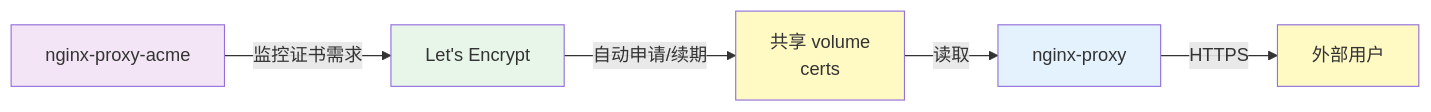
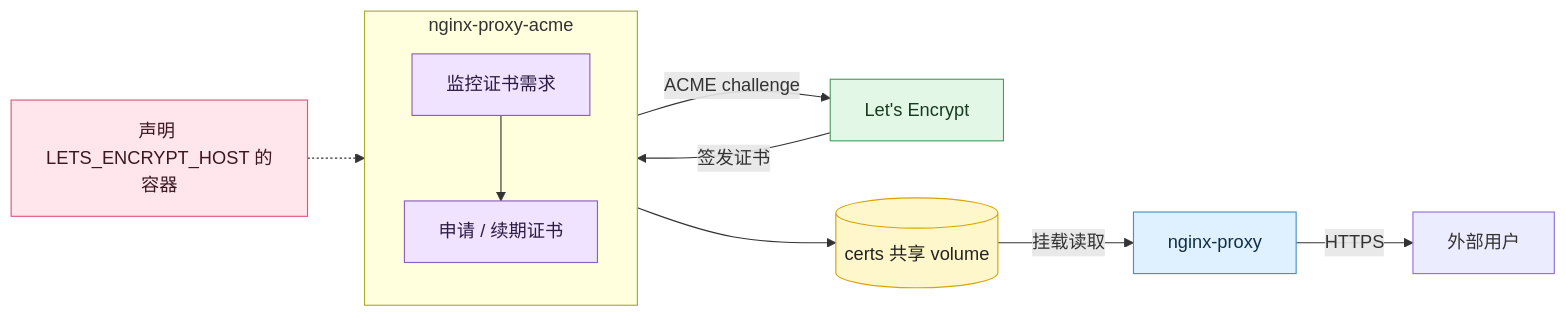
The third of 10 diagrams in _ai/2026-06-08-vps-docker-panorama-v2ray-v4-to-v5-upgrade.md (puppylpg/puppylpg.github.io), drawn with Mermaid before and after one commit. The commit also changed other lines of this file, not shown here.

Commit message:
docs: optimize Mermaid diagrams for VPS Docker overview

````diff
--- a/_ai/2026-06-08-vps-docker-panorama-v2ray-v4-to-v5-upgrade.md
+++ b/_ai/2026-06-08-vps-docker-panorama-v2ray-v4-to-v5-upgrade.md
@@ -67,13 +102,34 @@
 ```mermaid
 flowchart LR
-    A[nginx-proxy-acme] -->|监控证书需求| B[Let's Encrypt]
-    B -->|自动申请/续期| C[共享 volume<br/>certs]
-    C -->|读取| D[nginx-proxy]
-    D -->|HTTPS| E[外部用户]
+    containers[声明 LETS_ENCRYPT_HOST 的容器]
 
-    style A fill:#f3e5f5
-    style B fill:#e8f5e9
-    style C fill:#fff9c4
-    style D fill:#e3f2fd
-    style E fill:#fff9c4
+    subgraph certbot[nginx-proxy-acme]
+        direction TB
+        watch[监控证书需求]
+        issue[申请 / 续期证书]
+    end
+
+    le[Let's Encrypt]
+    volume[(certs 共享 volume)]
+    proxy[nginx-proxy]
+    user[外部用户]
+
+    containers -.-> watch
+    watch --> issue
+    issue -->|ACME challenge| le
+    le -->|签发证书| issue
+    issue --> volume
+    volume -->|挂载读取| proxy
+    proxy -->|HTTPS| user
+
+    classDef app fill:#ffe5ec,stroke:#d85a7f,color:#3b1723;
+    classDef cert fill:#efe3ff,stroke:#8b5fbf,color:#2d1b44;
+    classDef ca fill:#e3f7e7,stroke:#4b9b63,color:#183b22;
+    classDef volume fill:#fff7cc,stroke:#d6a500,color:#222;
+    classDef gateway fill:#dff1ff,stroke:#4a90c2,color:#0f2f44;
+    class containers app;
+    class watch,issue cert;
+    class le ca;
+    class volume volume;
+    class proxy gateway;
 ```
````
